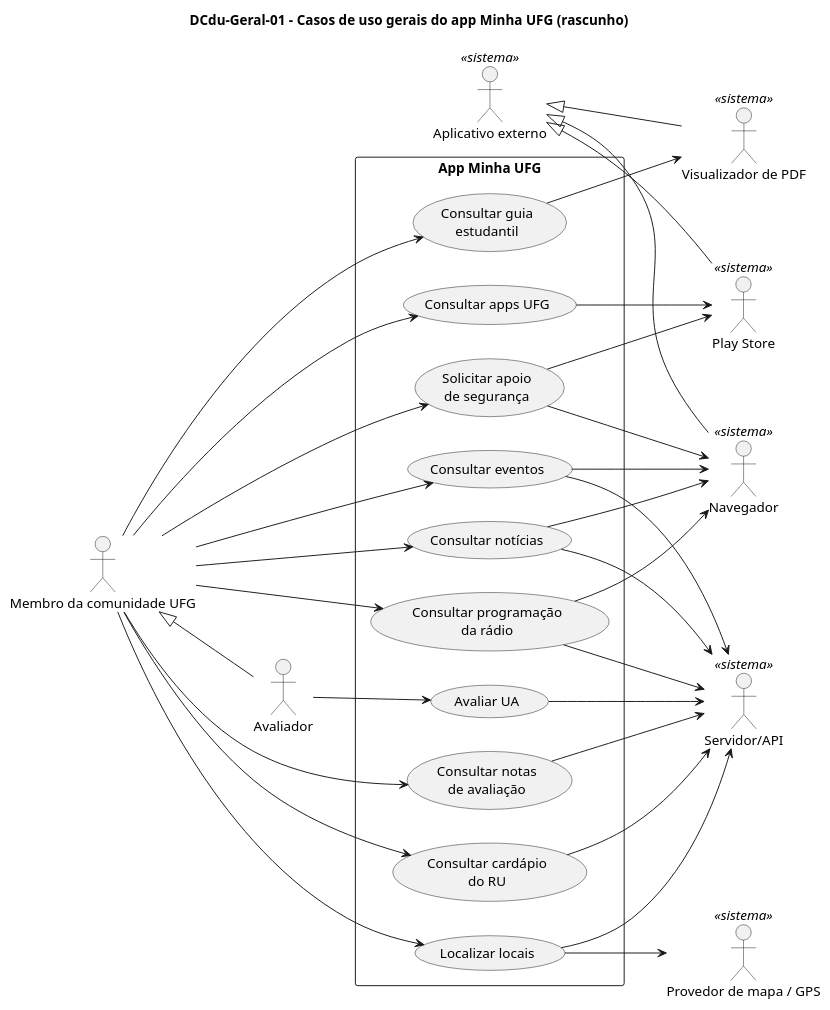
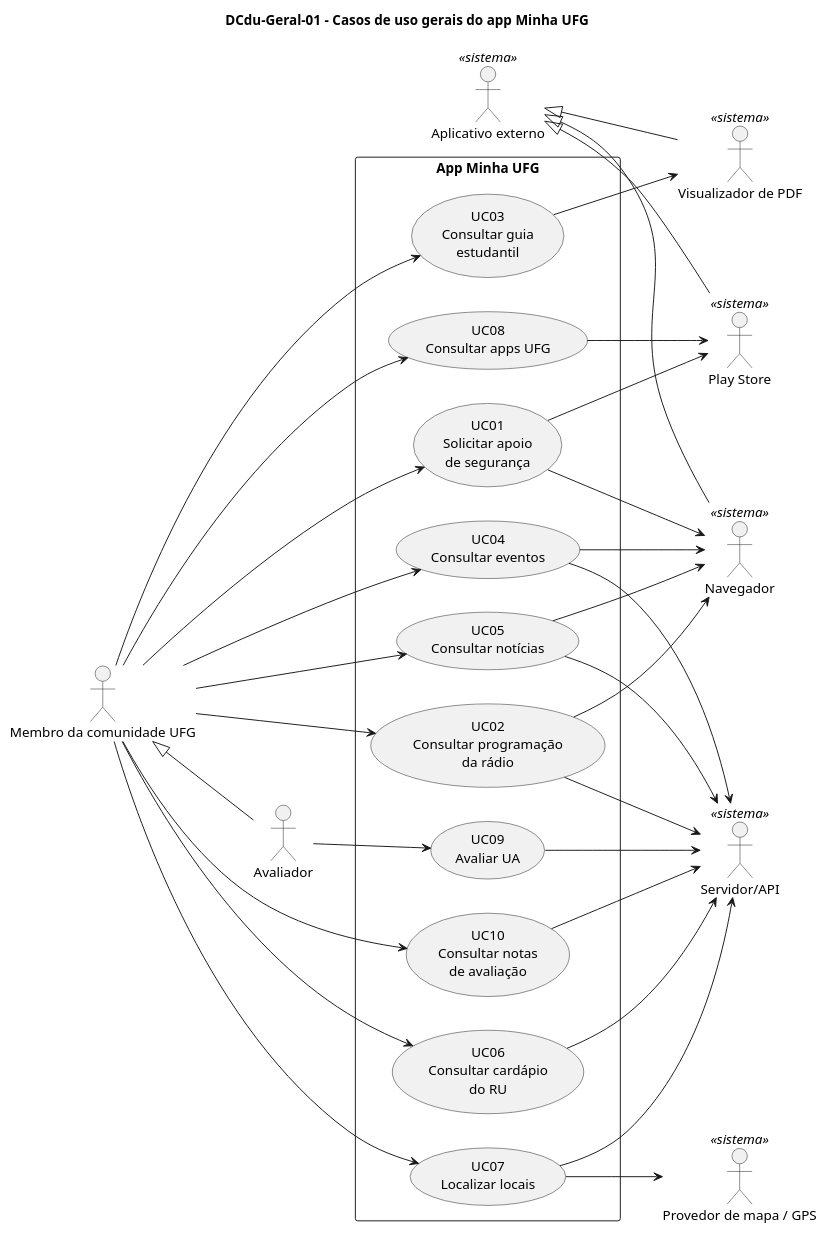
Before and after one commit to joseduardogon/Minha_UFG_Grupo_Cinza: the diagram in Geral/DCdu-Geral-01.puml, drawn with PlantUML. The commit also changed 30 other files, not shown here.

Commit message:
D-INT-03: fechamento do DCdu, DPac e DImp gerais e renumeração dos casos de uso

```diff
--- a/Geral/DCdu-Geral-01.puml
+++ b/Geral/DCdu-Geral-01.puml
@@ -1,59 +1,59 @@
 @startuml DCdu-Geral-01
-title DCdu-Geral-01 – Casos de uso gerais do app Minha UFG (rascunho)
+title DCdu-Geral-01 – Casos de uso gerais do app Minha UFG
 left to right direction
 skinparam packageStyle rectangle
 
 actor "Membro da comunidade UFG" as Membro
 actor "Avaliador" as Avaliador
 Avaliador -up-|> Membro
 
 actor "Servidor/API" as API <<sistema>>
 actor "Provedor de mapa / GPS" as Mapa <<sistema>>
 actor "Aplicativo externo" as AppExt <<sistema>>
 actor "Play Store" as PlayStore <<sistema>>
 actor "Navegador" as Navegador <<sistema>>
 actor "Visualizador de PDF" as VisPDF <<sistema>>
 PlayStore -up-|> AppExt
 Navegador -up-|> AppExt
 VisPDF -up-|> AppExt
 
 rectangle "App Minha UFG" {
-  usecase "Solicitar apoio\nde segurança" as UC01
-  usecase "Consultar programação\nda rádio" as UC02
-  usecase "Consultar guia\nestudantil" as UC03
-  usecase "Consultar eventos" as UC04
-  usecase "Consultar notícias" as UC05
-  usecase "Consultar cardápio\ndo RU" as UC06
-  usecase "Localizar locais" as UC07
-  usecase "Consultar apps UFG" as UC08
-  usecase "Avaliar UA" as UC09
-  usecase "Consultar notas\nde avaliação" as UC10
+  usecase "UC01\nSolicitar apoio\nde segurança" as UC01
+  usecase "UC02\nConsultar programação\nda rádio" as UC02
+  usecase "UC03\nConsultar guia\nestudantil" as UC03
+  usecase "UC04\nConsultar eventos" as UC04
+  usecase "UC05\nConsultar notícias" as UC05
+  usecase "UC06\nConsultar cardápio\ndo RU" as UC06
+  usecase "UC07\nLocalizar locais" as UC07
+  usecase "UC08\nConsultar apps UFG" as UC08
+  usecase "UC09\nAvaliar UA" as UC09
+  usecase "UC10\nConsultar notas\nde avaliação" as UC10
 }
 
 Membro --> UC01
 Membro --> UC02
 Membro --> UC03
 Membro --> UC04
 Membro --> UC05
 Membro --> UC06
 Membro --> UC07
 Membro --> UC08
 Membro --> UC10
 Avaliador --> UC09
 
 UC01 --> Navegador
 UC01 --> PlayStore
 UC02 --> API
 UC02 --> Navegador
 UC03 --> VisPDF
 UC04 --> API
 UC04 --> Navegador
 UC05 --> API
 UC05 --> Navegador
 UC06 --> API
 UC07 --> API
 UC07 --> Mapa
 UC08 --> PlayStore
 UC09 --> API
 UC10 --> API
 @enduml
```
